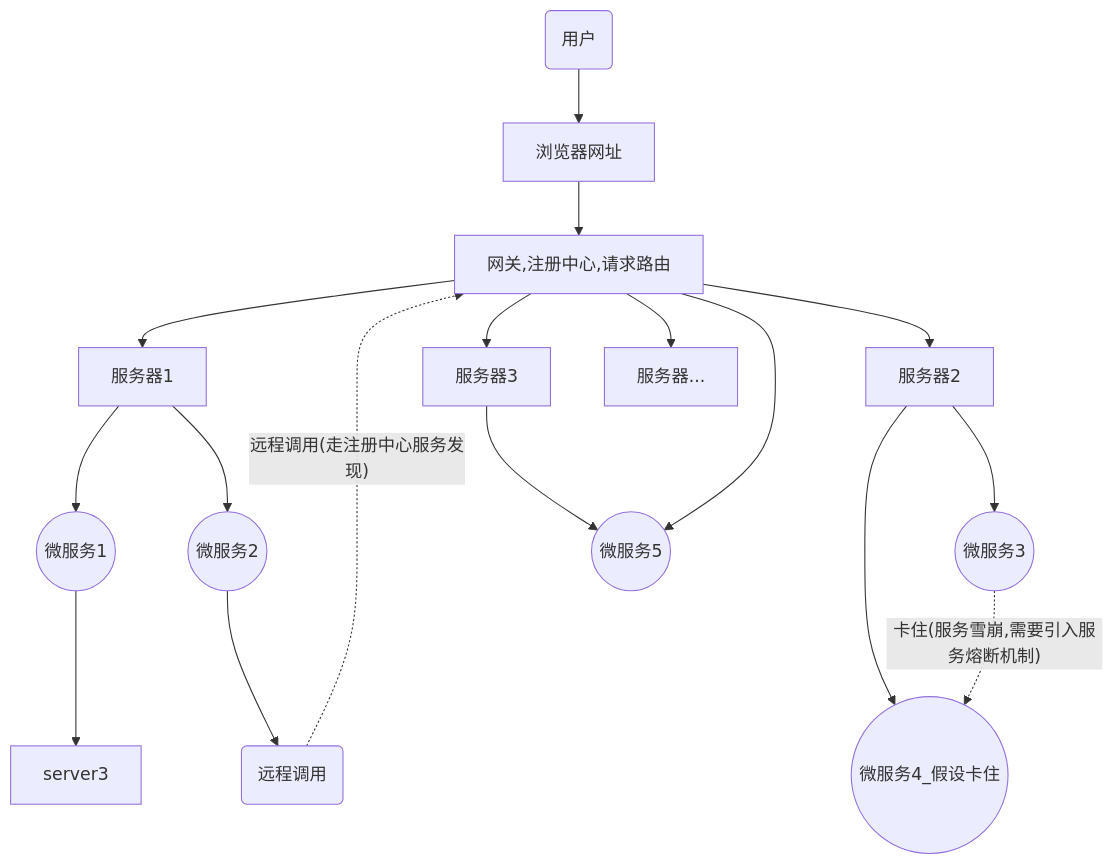
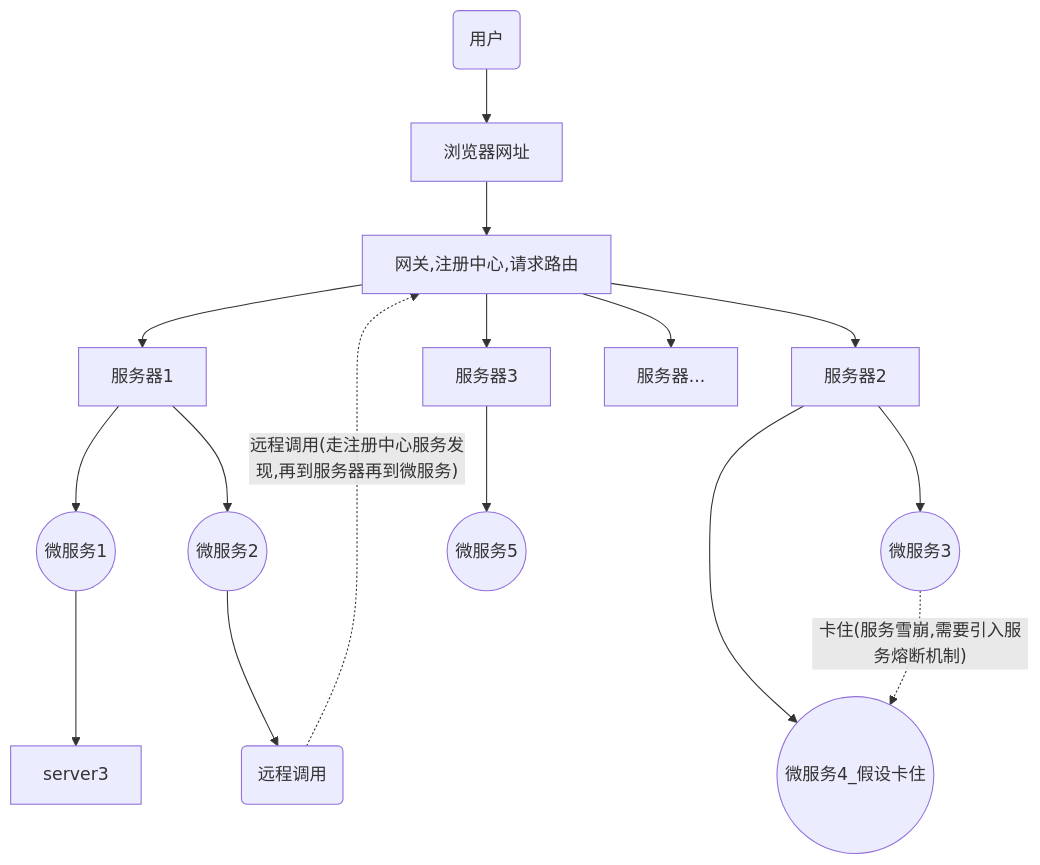
One commit to IteratingSystem/cloud-demo changed the diagram in README.md. Above: the diagram before and after it, drawn with Mermaid.

Commit message:
流程图测试

````diff
--- a/README.md
+++ b/README.md
@@ -7,19 +7,18 @@
 ```mermaid
 graph TB
     User(用户) --> Browser[浏览器网址]
     Browser --> Gateway[网关,注册中心,请求路由]
     Gateway --> Service1[服务器1]
     Gateway --> Service2[服务器2]
     Gateway --> Service3[服务器3]
     Gateway --> Service...[服务器...]
     Service1 --> Server1((微服务1))
     Service1 --> Server2((微服务2))
     Service2 --> Server3((微服务3))
     Service2 --> Server4((微服务4_假设卡住))
     Service3 --> Server5((微服务5))
     Server2 --> Remoting(远程调用)
-    Remoting -.远程调用(走注册中心服务发现).-> Gateway
-    Gateway --> Server5
+    Remoting -.远程调用(走注册中心服务发现,再到服务器再到微服务).-> Gateway
     Server1 --> server3
     Server3 -.卡住(服务雪崩,需要引入服务熔断机制).-> Server4
 ```
````
